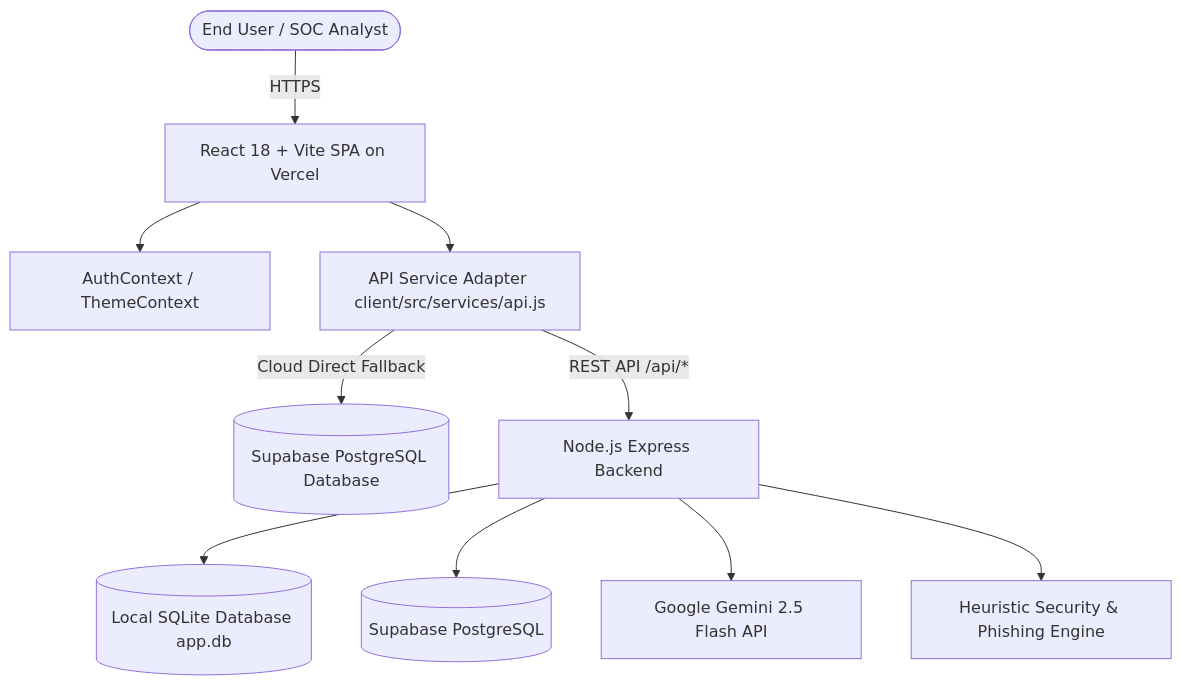
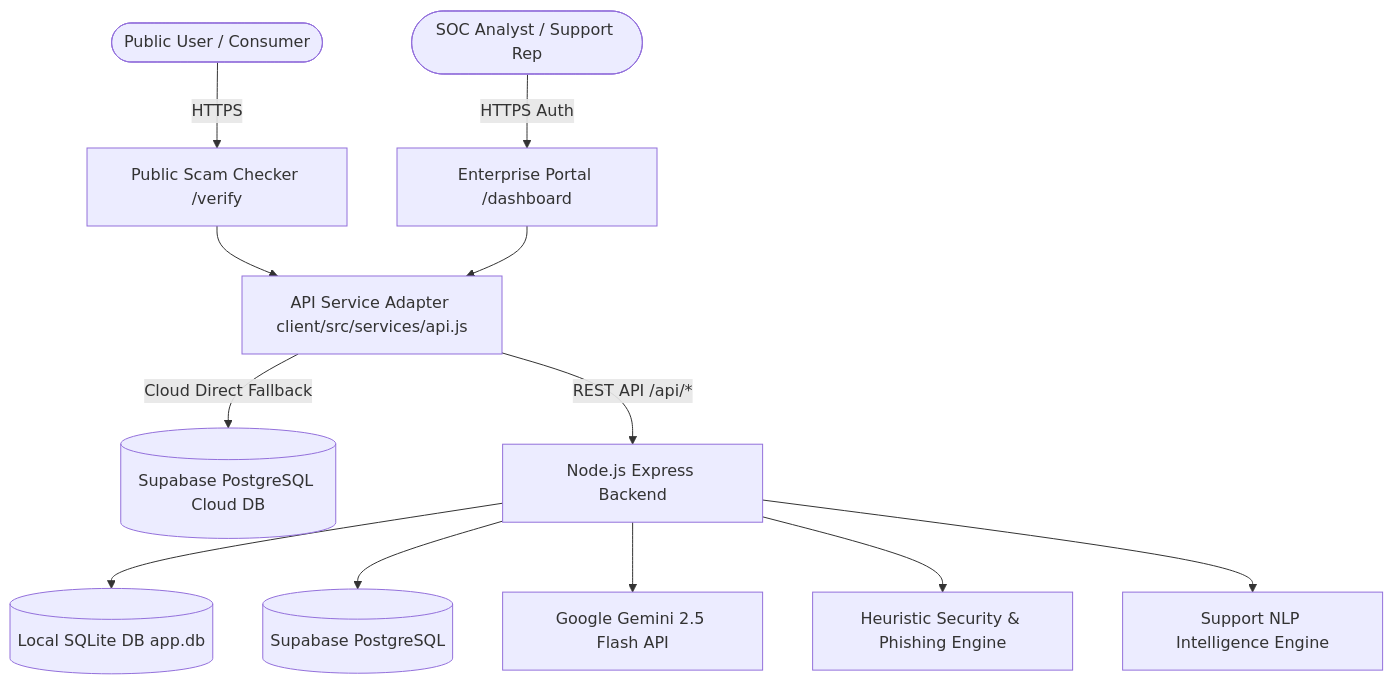
One commit to abhinav2006-12/AI-Powered-Customer-Support-Intelligence-Phishing-Threat-Detection-System changed the diagram in README.md. Above: the diagram before and after it, drawn with Mermaid. The commit also changed other lines of this file, not shown here.

Commit message:
docs: comprehensive A-to-Z documentation update for KAAVALX, /verify public scam portal, AI advisor, and SOC platform

````diff
--- a/README.md
+++ b/README.md
@@ -92,14 +119,17 @@
 ```mermaid
 graph TD
-    User([End User / SOC Analyst]) -->|HTTPS| Frontend[React 18 + Vite SPA on Vercel]
-    Frontend --> AuthCtx[AuthContext / ThemeContext]
-    Frontend --> APILayer[API Service Adapter client/src/services/api.js]
+    User([Public User / Consumer]) -->|HTTPS| PublicPortal[Public Scam Checker /verify]
+    Analyst([SOC Analyst / Support Rep]) -->|HTTPS Auth| SOCDashboard[Enterprise Portal /dashboard]
     
-    APILayer -->|Cloud Direct Fallback| Supabase[(Supabase PostgreSQL Database)]
+    PublicPortal --> APILayer[API Service Adapter client/src/services/api.js]
+    SOCDashboard --> APILayer
+    
+    APILayer -->|Cloud Direct Fallback| Supabase[(Supabase PostgreSQL Cloud DB)]
     APILayer -->|REST API /api/*| Backend[Node.js Express Backend]
     
-    Backend --> SQLite[(Local SQLite Database app.db)]
+    Backend --> SQLite[(Local SQLite DB app.db)]
     Backend --> SupabaseDB[(Supabase PostgreSQL)]
     Backend --> GeminiAI[Google Gemini 2.5 Flash API]
     Backend --> SecEngine[Heuristic Security & Phishing Engine]
+    Backend --> NLPEngine[Support NLP Intelligence Engine]
 ```
````
